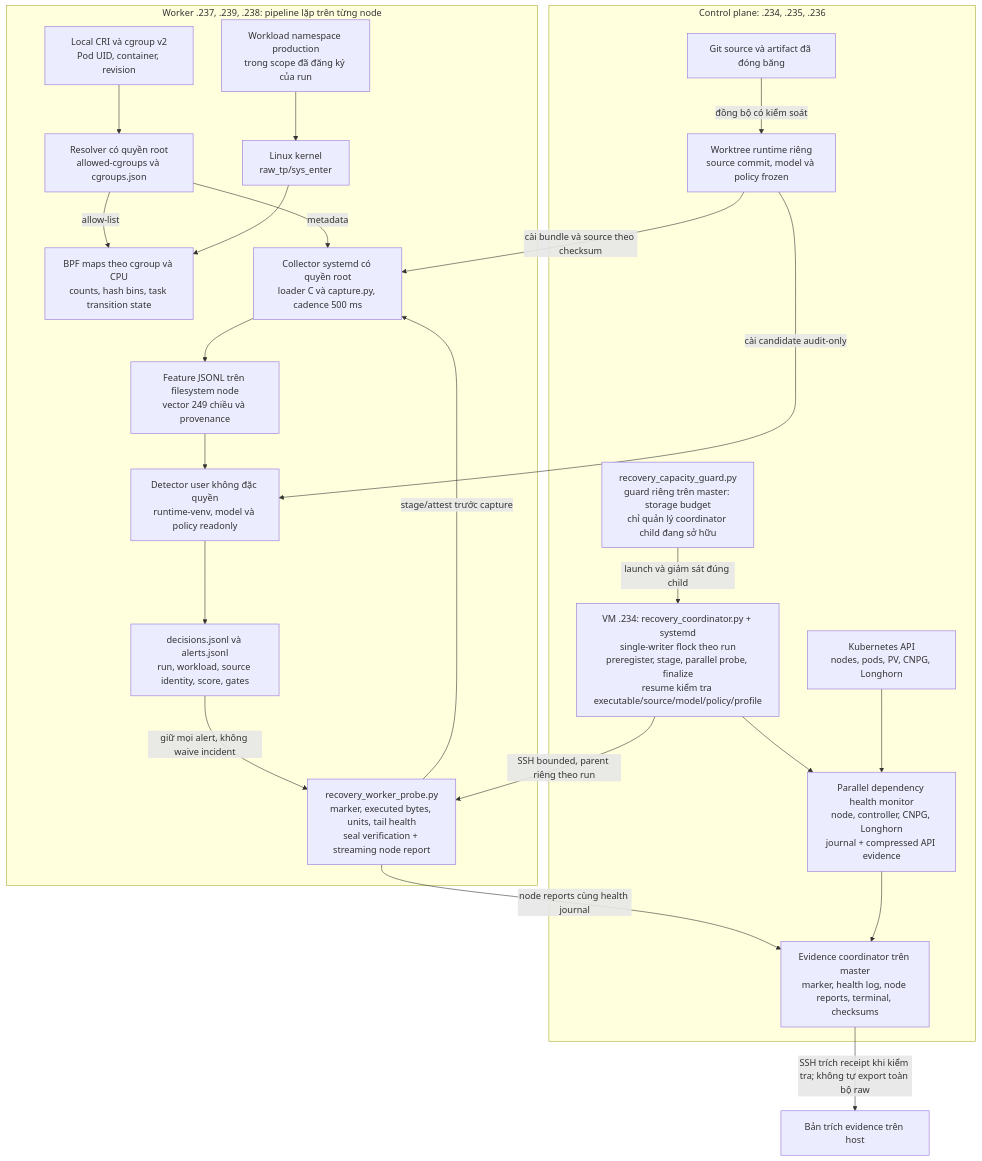
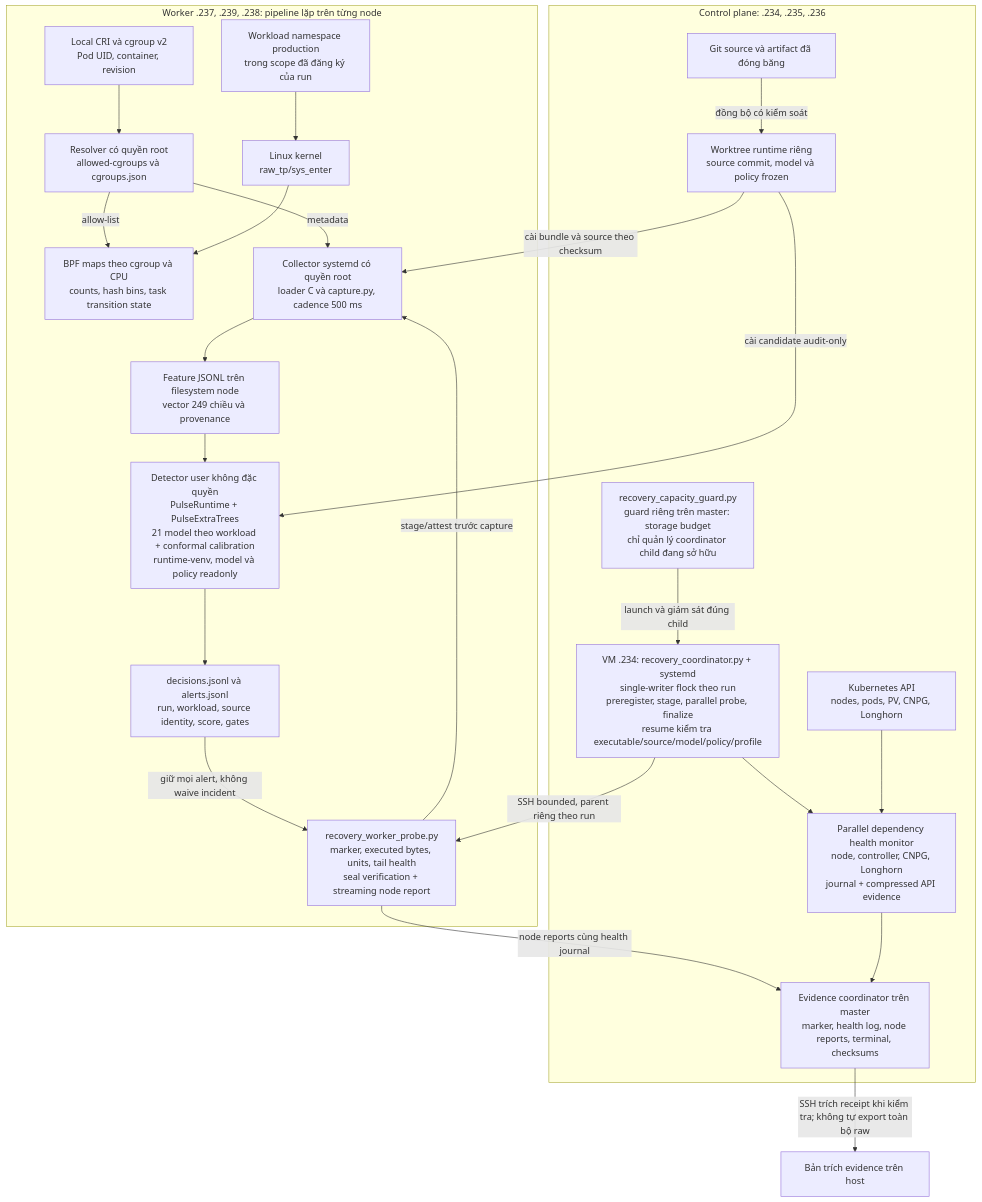
The first of 3 diagrams in sentinel-pulse.md (tndat-dev/eBPF-project), drawn with Mermaid before and after one commit.

Commit message:
Show PulseExtraTrees in deployment architecture

````diff
--- a/sentinel-pulse.md
+++ b/sentinel-pulse.md
@@ -50,46 +50,46 @@
 ```mermaid
 flowchart TB
     subgraph CP["Control plane: .234, .235, .236"]
         API["Kubernetes API<br/>nodes, pods, PV, CNPG, Longhorn"]
         REPO["Git source và artifact đã đóng băng"]
         GUARD["recovery_capacity_guard.py<br/>guard riêng trên master: storage budget<br/>chỉ quản lý coordinator child đang sở hữu"]
         ORCH["VM .234: recovery_coordinator.py + systemd<br/>single-writer flock theo run<br/>preregister, stage, parallel probe, finalize<br/>resume kiểm tra executable/source/model/policy/profile"]
         FROZEN["Worktree runtime riêng<br/>source commit, model và policy frozen"]
         HEALTH["Parallel dependency health monitor<br/>node, controller, CNPG, Longhorn<br/>journal + compressed API evidence"]
         ARCHIVE["Evidence coordinator trên master<br/>marker, health log, node reports, terminal, checksums"]
     end
 
     subgraph WORKERS["Worker .237, .239, .238: pipeline lặp trên từng node"]
         POD["Workload namespace production<br/>trong scope đã đăng ký của run"]
         CRI["Local CRI và cgroup v2<br/>Pod UID, container, revision"]
         RES["Resolver có quyền root<br/>allowed-cgroups và cgroups.json"]
         KERNEL["Linux kernel<br/>raw_tp/sys_enter"]
         MAP["BPF maps theo cgroup và CPU<br/>counts, hash bins, task transition state"]
         COL["Collector systemd có quyền root<br/>loader C và capture.py, cadence 500 ms"]
         FEATURE["Feature JSONL trên filesystem node<br/>vector 249 chiều và provenance"]
-        DET["Detector user không đặc quyền<br/>runtime-venv, model và policy readonly"]
+        DET["Detector user không đặc quyền<br/>PulseRuntime + PulseExtraTrees<br/>21 model theo workload + conformal calibration<br/>runtime-venv, model và policy readonly"]
         OUTPUT["decisions.jsonl và alerts.jsonl<br/>run, workload, source identity, score, gates"]
         PROBE["recovery_worker_probe.py<br/>marker, executed bytes, units, tail health<br/>seal verification + streaming node report"]
     end
 
     REPO -->|"đồng bộ có kiểm soát"| FROZEN
     FROZEN -->|"cài bundle và source theo checksum"| COL
     FROZEN -->|"cài candidate audit-only"| DET
     GUARD -->|"launch và giám sát đúng child"| ORCH
     CRI --> RES
     RES -->|"allow-list"| MAP
     RES -->|"metadata"| COL
     POD --> KERNEL
     KERNEL --> MAP
     COL --> FEATURE
     FEATURE --> DET
     DET --> OUTPUT
     ORCH -->|"SSH bounded, parent riêng theo run"| PROBE
     PROBE -->|"stage/attest trước capture"| COL
     OUTPUT -->|"giữ mọi alert, không waive incident"| PROBE
     PROBE -->|"node reports cùng health journal"| ARCHIVE
     ORCH --> HEALTH
     API --> HEALTH
     HEALTH --> ARCHIVE
     ARCHIVE -->|"SSH trích receipt khi kiểm tra; không tự export toàn bộ raw"| LOCAL["Bản trích evidence trên host"]
 ```
````
